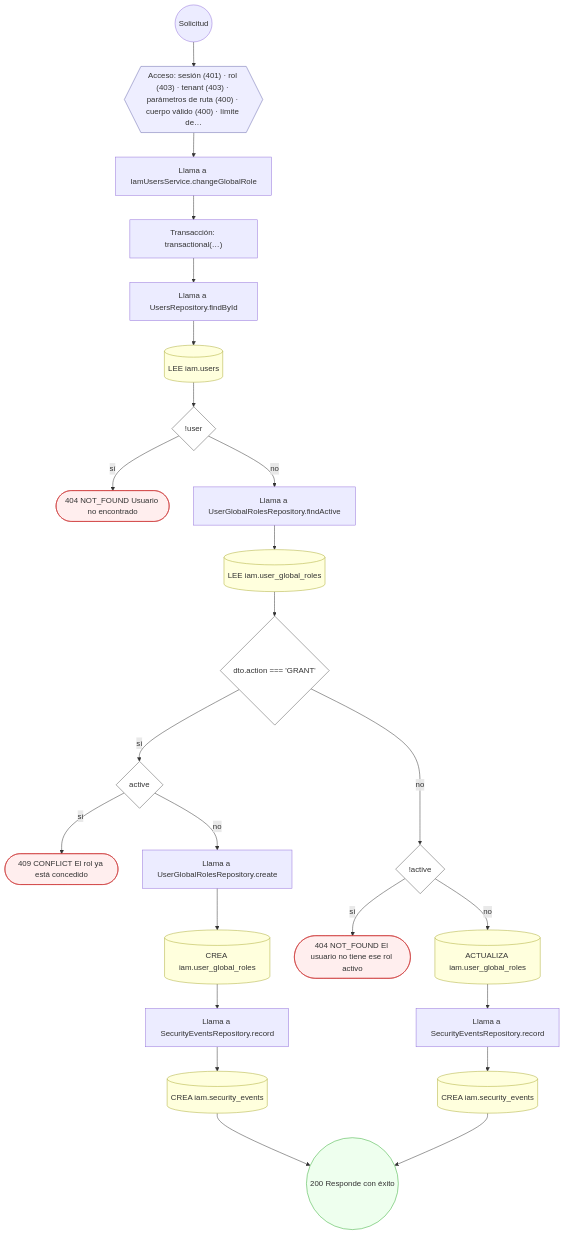
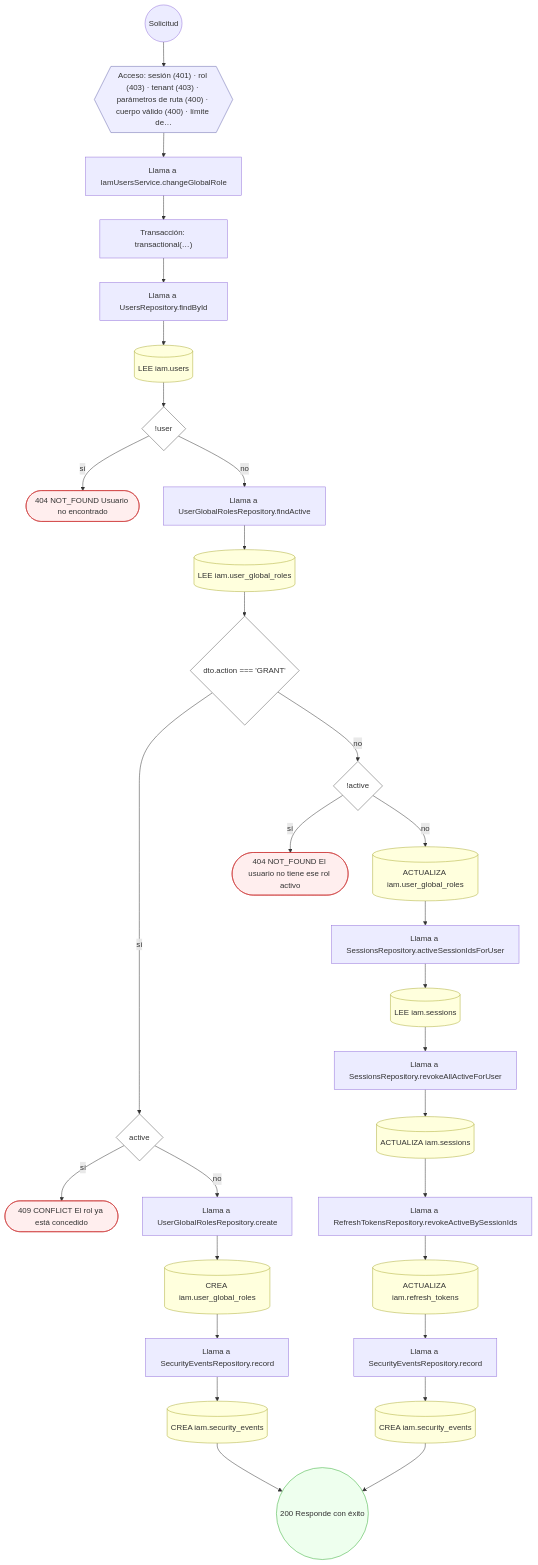
One commit to mdavila-2001/mantra-core-health-api changed diagram 26 of 32 in docs/inventario/flujos/iam.md. Above: the diagram before and after it, drawn with Mermaid. The commit also changed other lines of this file and 451 other files, not shown here.

````diff
--- a/docs/inventario/flujos/iam.md
+++ b/docs/inventario/flujos/iam.md
@@ -2063,55 +2511,67 @@
 ```mermaid
 flowchart TD
   n1(("Solicitud")):::inicio
   n2{{"Acceso: sesión (401) · rol (403) · tenant (403) · parámetros de ruta (400) · cuerpo válido (400) · límite de…"}}:::acceso
   n1 --> n2
   n3["Llama a IamUsersService.changeGlobalRole"]:::llamada
   n2 --> n3
   n4["Transacción: transactional(…)"]:::transaccion
   n3 --> n4
   n5["Llama a UsersRepository.findById"]:::llamada
   n4 --> n5
   n6[("LEE iam.users")]:::efecto
   n5 --> n6
   n7{"!user"}:::decision
   n6 --> n7
   n8(["404 NOT_FOUND Usuario no encontrado"]):::error
   n7 -->|"sí"| n8
   n9["Llama a UserGlobalRolesRepository.findActive"]:::llamada
   n7 -->|"no"| n9
   n10[("LEE iam.user_global_roles")]:::efecto
   n9 --> n10
   n11{"dto.action === 'GRANT'"}:::decision
   n10 --> n11
   n12{"active"}:::decision
   n11 -->|"sí"| n12
   n13(["409 CONFLICT El rol ya está concedido"]):::error
   n12 -->|"sí"| n13
   n14["Llama a UserGlobalRolesRepository.create"]:::llamada
   n12 -->|"no"| n14
   n15[("CREA iam.user_global_roles")]:::efecto
   n14 --> n15
   n16["Llama a SecurityEventsRepository.record"]:::llamada
   n15 --> n16
   n17[("CREA iam.security_events")]:::efecto
   n16 --> n17
   n18{"!active"}:::decision
   n11 -->|"no"| n18
   n19(["404 NOT_FOUND El usuario no tiene ese rol activo"]):::error
   n18 -->|"sí"| n19
   n20[("ACTUALIZA iam.user_global_roles")]:::efecto
   n18 -->|"no"| n20
-  n21["Llama a SecurityEventsRepository.record"]:::llamada
+  n21["Llama a SessionsRepository.activeSessionIdsForUser"]:::llamada
   n20 --> n21
-  n22[("CREA iam.security_events")]:::efecto
+  n22[("LEE iam.sessions")]:::efecto
   n21 --> n22
-  n23(("200 Responde con éxito")):::ok
-  n17 --> n23
+  n23["Llama a SessionsRepository.revokeAllActiveForUser"]:::llamada
   n22 --> n23
+  n24[("ACTUALIZA iam.sessions")]:::efecto
+  n23 --> n24
+  n25["Llama a RefreshTokensRepository.revokeActiveBySessionIds"]:::llamada
+  n24 --> n25
+  n26[("ACTUALIZA iam.refresh_tokens")]:::efecto
+  n25 --> n26
+  n27["Llama a SecurityEventsRepository.record"]:::llamada
+  n26 --> n27
+  n28[("CREA iam.security_events")]:::efecto
+  n27 --> n28
+  n29(("200 Responde con éxito")):::ok
+  n17 --> n29
+  n28 --> n29
   classDef acceso fill:#eef,stroke:#66a
   classDef error fill:#fee,stroke:#c33
   classDef ok fill:#efe,stroke:#3a3
   classDef efecto fill:#ffd,stroke:#aa3
   classDef decision fill:#fff,stroke:#555
   classDef corte fill:#eee,stroke:#999,stroke-dasharray: 4
 ```
````
